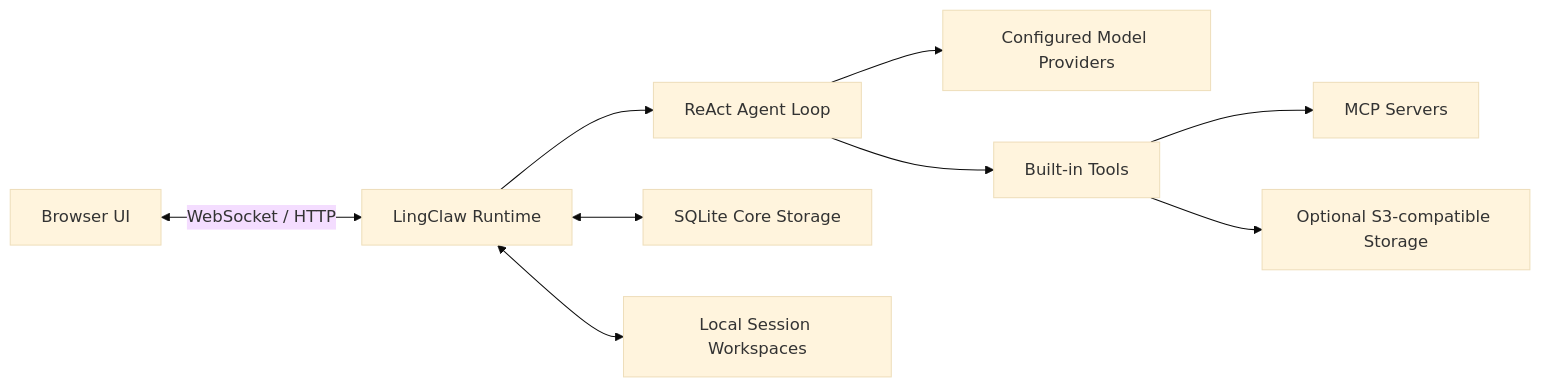
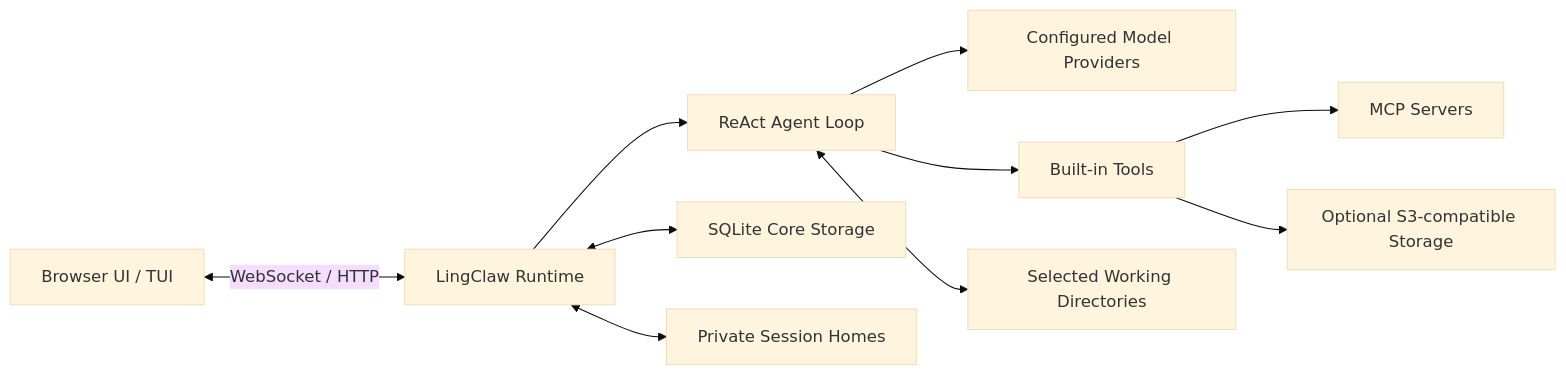
Before and after one commit to Linkq123/LingClaw: the diagram in README.en.md, drawn with Mermaid (base theme). The commit also changed other lines of this file and 74 other files, not shown here.

````diff
--- a/README.en.md
+++ b/README.en.md
@@ -171,11 +190,12 @@
 ```mermaid
 flowchart LR
-    UI["Browser UI"] <-->|"WebSocket / HTTP"| Runtime["LingClaw Runtime"]
+    UI["Browser UI / TUI"] <-->|"WebSocket / HTTP"| Runtime["LingClaw Runtime"]
     Runtime --> Loop["ReAct Agent Loop"]
     Loop --> Providers["Configured Model Providers"]
     Loop --> Tools["Built-in Tools"]
     Tools --> MCP["MCP Servers"]
     Runtime <--> DB["SQLite Core Storage"]
-    Runtime <--> Store["Local Session Workspaces"]
+    Runtime <--> Home["Private Session Homes"]
+    Loop <--> Project["Selected Working Directories"]
     Tools --> S3["Optional S3-compatible Storage"]
 ```
````
